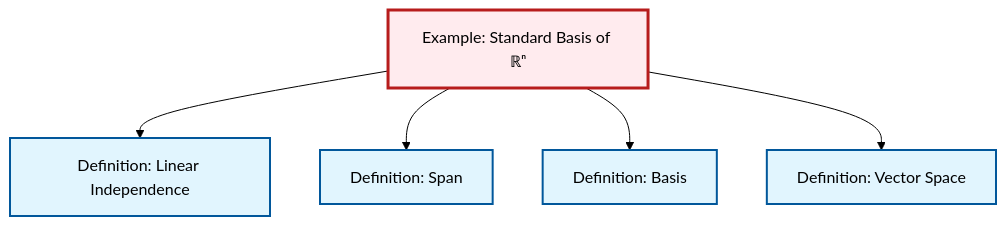
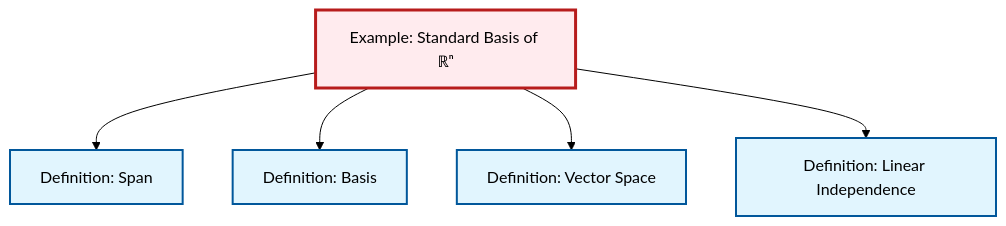
One commit to RK0429/ModernMath changed the diagram in content/ja/algebra/ex-standard-basis-rn.qmd. Above: the diagram before and after it, drawn with Mermaid (forest theme). The commit also changed other lines of this file and 554 other files, not shown here.

````diff
--- a/content/ja/algebra/ex-standard-basis-rn.qmd
+++ b/content/ja/algebra/ex-standard-basis-rn.qmd
@@ -63,23 +63,23 @@
 ```{mermaid}
 %%| fig-cap: "Local dependency graph"
 graph TD
     classDef definition fill:#e1f5fe,stroke:#01579b,stroke-width:2px
     classDef theorem fill:#f3e5f5,stroke:#4a148c,stroke-width:2px
     classDef axiom fill:#fff3e0,stroke:#e65100,stroke-width:2px
     classDef example fill:#e8f5e9,stroke:#1b5e20,stroke-width:2px
     classDef current fill:#ffebee,stroke:#b71c1c,stroke-width:3px
-    ex-standard-basis-rn["Example: Standard Basis of ℝⁿ"]:::example
     def-vector-space["Definition: Vector Space"]:::definition
     def-span["Definition: Span"]:::definition
+    def-basis["Definition: Basis"]:::definition
+    ex-standard-basis-rn["Example: Standard Basis of ℝⁿ"]:::example
     def-linear-independence["Definition: Linear Independence"]:::definition
-    def-basis["Definition: Basis"]:::definition
-    ex-standard-basis-rn --> def-linear-independence
     ex-standard-basis-rn --> def-span
     ex-standard-basis-rn --> def-basis
     ex-standard-basis-rn --> def-vector-space
+    ex-standard-basis-rn --> def-linear-independence
     class ex-standard-basis-rn current
     click def-vector-space "def-vector-space.html" "Definition: Vector Spaceへ"
     click def-span "def-span.html" "Definition: Spanへ"
+    click def-basis "def-basis.html" "Definition: Basisへ"
     click def-linear-independence "def-linear-independence.html" "Definition: Linear Independenceへ"
-    click def-basis "def-basis.html" "Definition: Basisへ"
 ```
````
